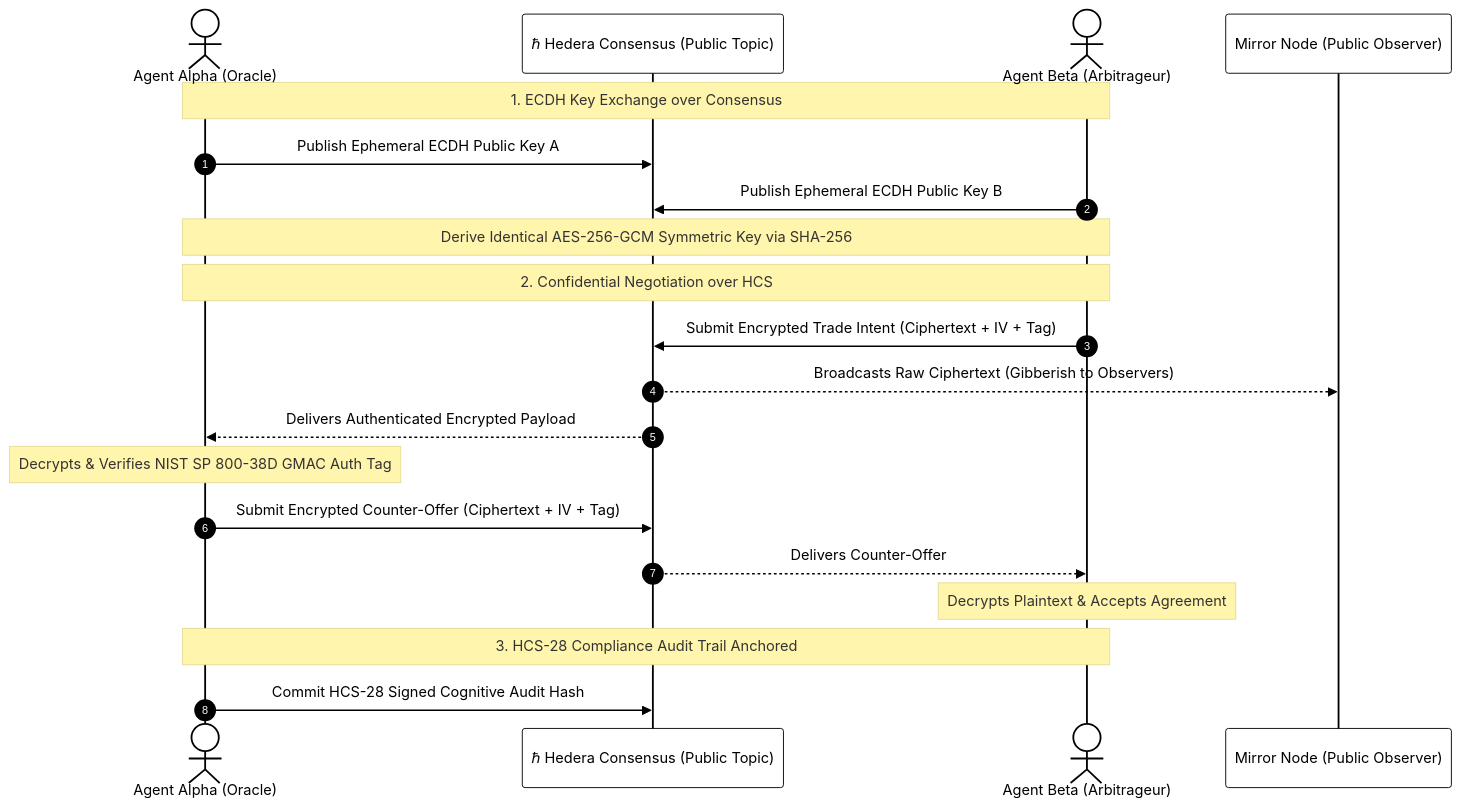
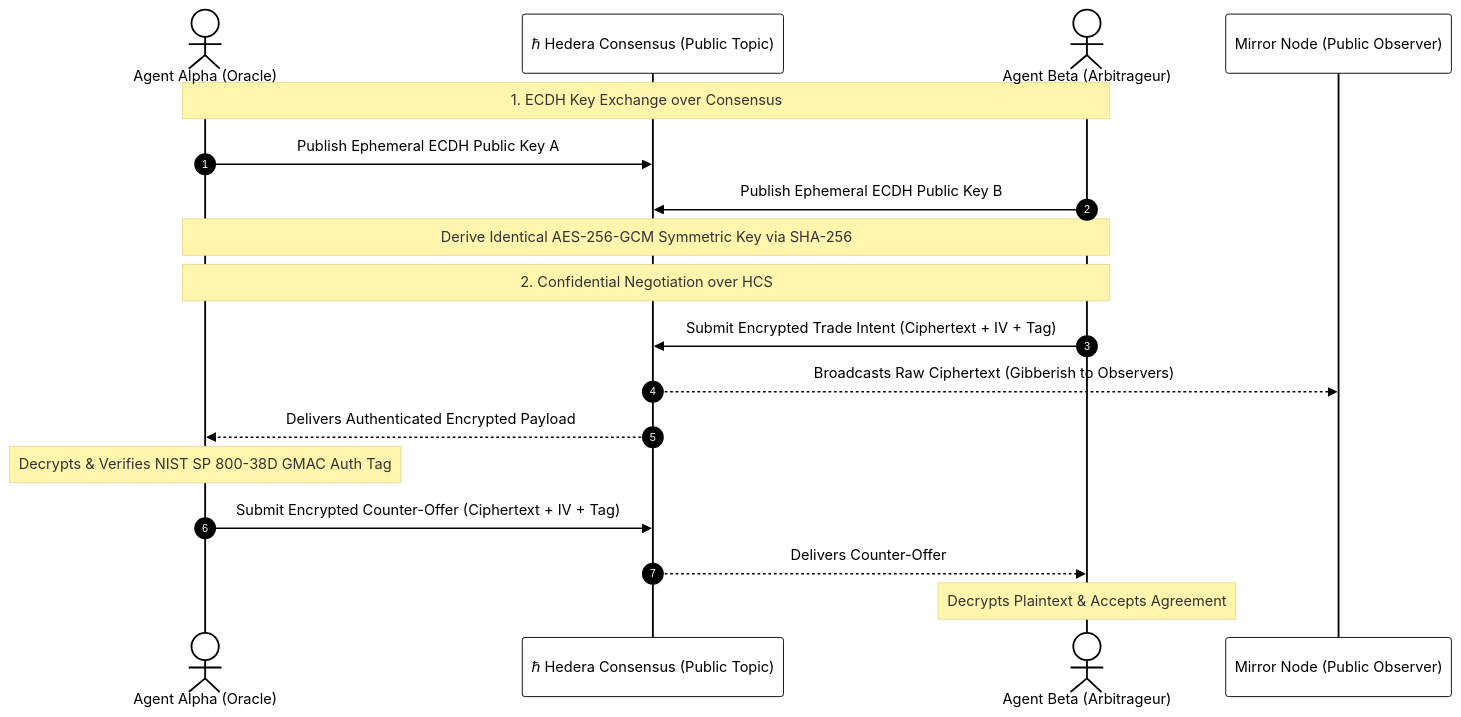
The diagram in course/English/M14_Advanced_HCS_Standards_AI/README.md (altaga/Hedera-By-Example), drawn with Mermaid before and after one commit. The commit also changed other lines of this file and 66 other files, not shown here.

````diff
--- a/course/English/M14_Advanced_HCS_Standards_AI/README.md
+++ b/course/English/M14_Advanced_HCS_Standards_AI/README.md
@@ -30,43 +29,41 @@
 ```mermaid
 %%{init: {
   'theme': 'base',
   'themeVariables': {
     'primaryColor': '#ffffff',
     'primaryTextColor': '#000000',
     'primaryBorderColor': '#000000',
     'lineColor': '#000000',
     'secondaryColor': '#FF4500',
     'tertiaryColor': '#ffffff',
     'mainBkg': '#ffffff',
     'nodeBorder': '#000000',
     'clusterBkg': '#F9F9F6',
     'clusterBorder': '#000000',
     'fontSize': '14px',
     'fontFamily': 'Inter, system-ui, -apple-system, sans-serif',
     'nodeRadius': '0px'
   }
 }}%%
 sequenceDiagram
     autonumber
     actor AgentA as  Agent Alpha (Oracle)
     participant HCS as ℏ Hedera Consensus (Public Topic)
     actor AgentB as  Agent Beta (Arbitrageur)
     participant Mirror as  Mirror Node (Public Observer)
 
     Note over AgentA,AgentB: 1. ECDH Key Exchange over Consensus
     AgentA->>HCS: Publish Ephemeral ECDH Public Key A
     AgentB->>HCS: Publish Ephemeral ECDH Public Key B
     Note over AgentA,AgentB: Derive Identical AES-256-GCM Symmetric Key via SHA-256
 
     Note over AgentA,AgentB: 2. Confidential Negotiation over HCS
     AgentB->>HCS: Submit Encrypted Trade Intent (Ciphertext + IV + Tag)
     HCS-->>Mirror: Broadcasts Raw Ciphertext (Gibberish to Observers)
     HCS-->>AgentA: Delivers Authenticated Encrypted Payload
     Note over AgentA: Decrypts & Verifies NIST SP 800-38D GMAC Auth Tag
     AgentA->>HCS: Submit Encrypted Counter-Offer (Ciphertext + IV + Tag)
     HCS-->>AgentB: Delivers Counter-Offer
     Note over AgentB: Decrypts Plaintext & Accepts Agreement
 
-    Note over AgentA,AgentB: 3. HCS-28 Compliance Audit Trail Anchored
-    AgentA->>HCS: Commit HCS-28 Signed Cognitive Audit Hash
 ```
````
